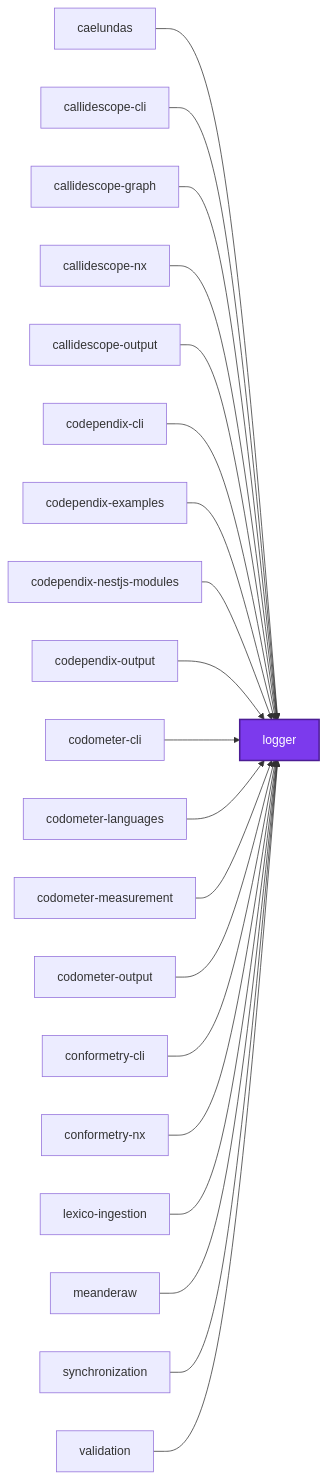
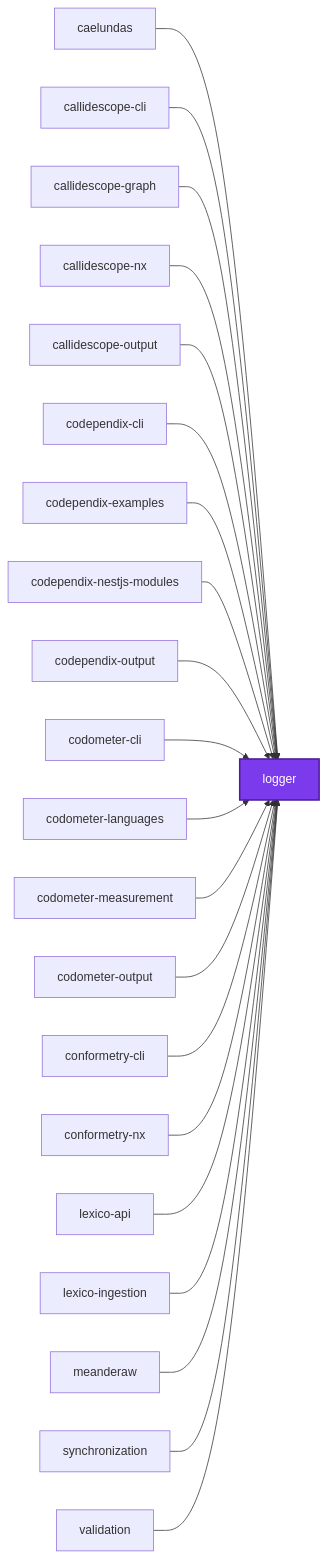
The first of 3 diagrams in packages/logger/README.md (JimmyPaolini/codebase), drawn with Mermaid before and after one commit. The commit also changed 9 other files, not shown here.

````diff
--- a/packages/logger/README.md
+++ b/packages/logger/README.md
@@ -136,44 +136,46 @@
 ```mermaid
 graph LR
   caelundas["caelundas"]
   callidescope_cli["callidescope-cli"]
   callidescope_graph["callidescope-graph"]
   callidescope_nx["callidescope-nx"]
   callidescope_output["callidescope-output"]
   codependix_cli["codependix-cli"]
   codependix_examples["codependix-examples"]
   codependix_nestjs_modules["codependix-nestjs-modules"]
   codependix_output["codependix-output"]
   codometer_cli["codometer-cli"]
   codometer_languages["codometer-languages"]
   codometer_measurement["codometer-measurement"]
   codometer_output["codometer-output"]
   conformetry_cli["conformetry-cli"]
   conformetry_nx["conformetry-nx"]
+  lexico_api["lexico-api"]
   lexico_ingestion["lexico-ingestion"]
   logger["logger"]
   meanderaw["meanderaw"]
   synchronization["synchronization"]
   validation["validation"]
   caelundas --> logger
   callidescope_cli --> logger
   callidescope_graph --> logger
   callidescope_nx --> logger
   callidescope_output --> logger
   codependix_cli --> logger
   codependix_examples --> logger
   codependix_nestjs_modules --> logger
   codependix_output --> logger
   codometer_cli --> logger
   codometer_languages --> logger
   codometer_measurement --> logger
   codometer_output --> logger
   conformetry_cli --> logger
   conformetry_nx --> logger
+  lexico_api --> logger
   lexico_ingestion --> logger
   meanderaw --> logger
   synchronization --> logger
   validation --> logger
   classDef subject fill:#7c3aed,color:#fff,stroke:#4c1d95,stroke-width:2px
   class logger subject
 ```
````
